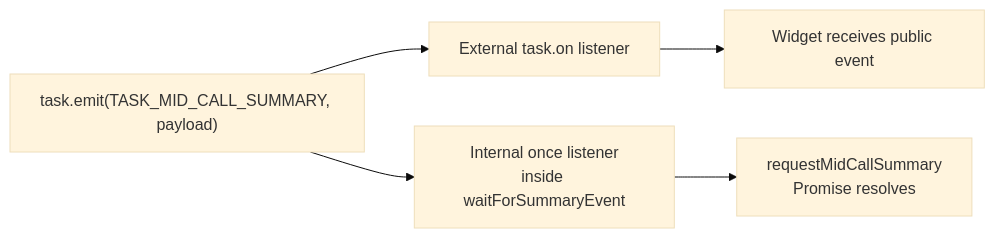
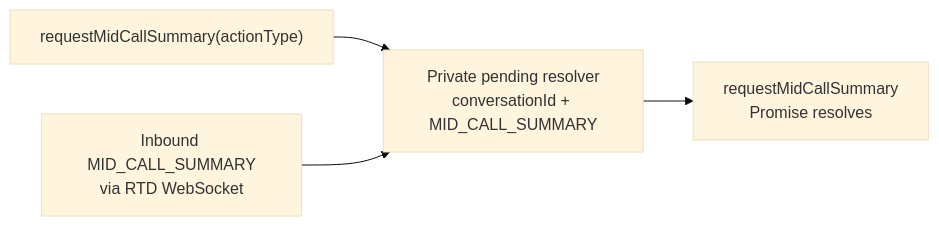
One commit to webex/webex-js-sdk changed the fourth of 4 diagrams in ai-summary-initiator-flow.md. Above: the diagram before and after it, drawn with Mermaid (base theme). The commit also changed other lines of this file and 4 other files, not shown here.

````diff
--- a/ai-summary-initiator-flow.md
+++ b/ai-summary-initiator-flow.md
@@ -143,10 +148,9 @@
 ```mermaid
 flowchart LR
-  Emit["task.emit(TASK_MID_CALL_SUMMARY, payload)"]
-  External["External task.on listener"]
-  Widget["Widget receives public event"]
-  Internal["Internal once listener<br/>inside waitForSummaryEvent"]
+  Request["requestMidCallSummary(actionType)"]
+  Pending["Private pending resolver<br/>conversationId + MID_CALL_SUMMARY"]
+  Inbound["Inbound MID_CALL_SUMMARY<br/>via RTD WebSocket"]
   Promise["requestMidCallSummary<br/>Promise resolves"]
-  Emit --> External --> Widget
-  Emit --> Internal --> Promise
+  Request --> Pending
+  Inbound --> Pending --> Promise
 ```
````
